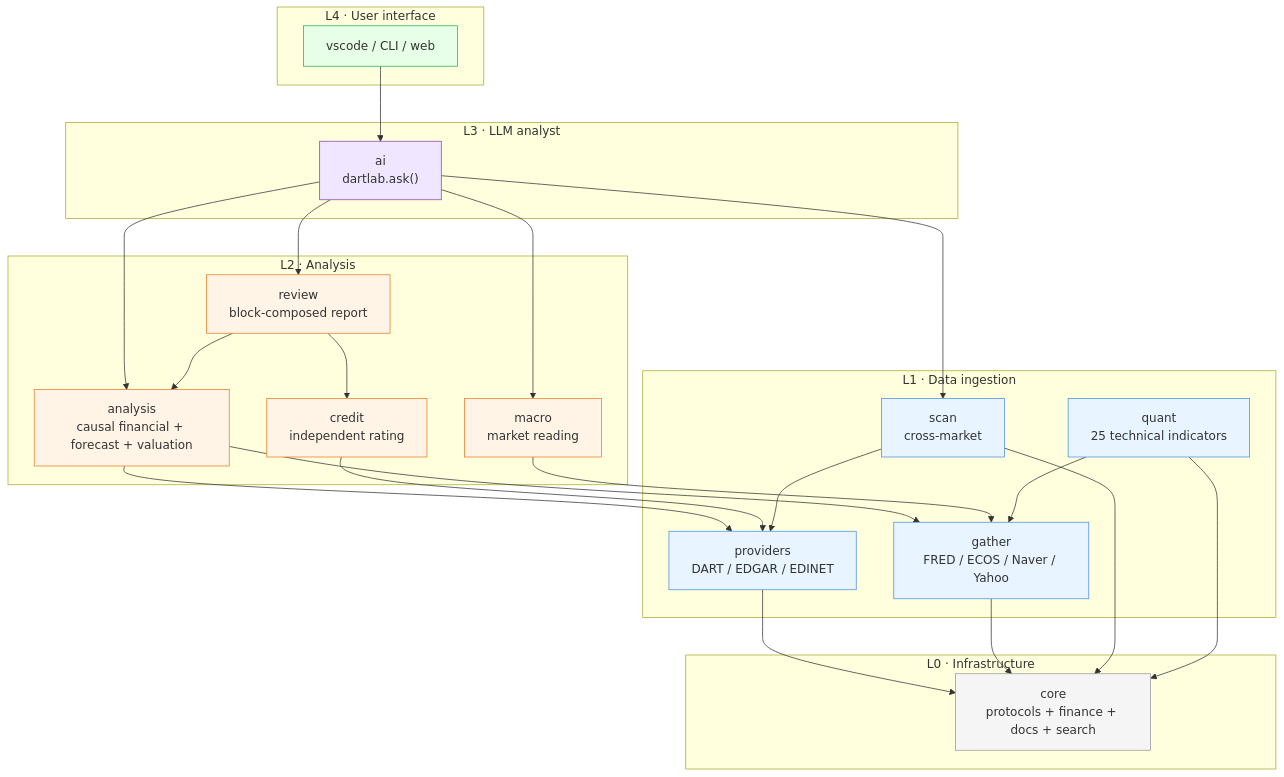
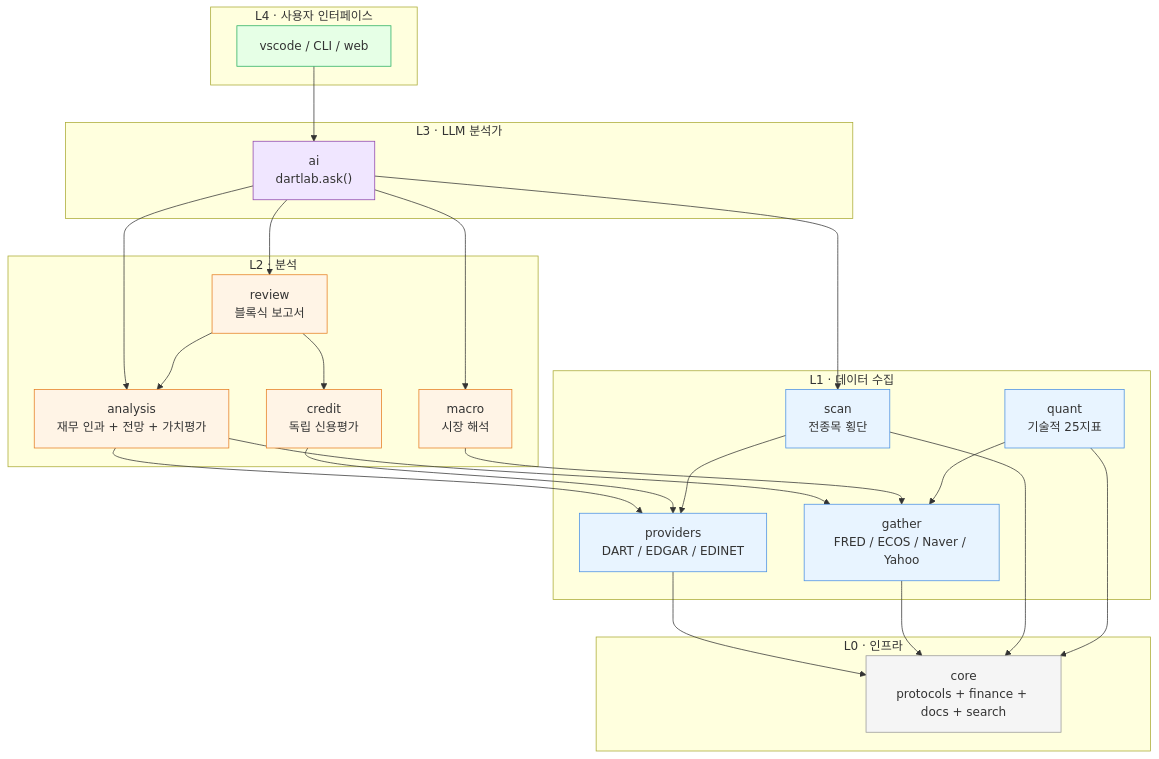
The diagram in README.md (zkznxk123-sys/dartlab), drawn with Mermaid before and after one commit. The commit also changed other lines of this file and 4 other files, not shown here.

````diff
--- a/README.md
+++ b/README.md
@@ -286,53 +286,53 @@
 ```mermaid
 flowchart TB
-    subgraph L4["L4 · User interface"]
+    subgraph L4["L4 · 사용자 인터페이스"]
         UI["vscode / CLI / web"]
     end
-    subgraph L3["L3 · LLM analyst"]
+    subgraph L3["L3 · LLM 분석가"]
         AI["ai<br/>dartlab.ask()"]
     end
-    subgraph L2["L2 · Analysis"]
-        ANA["analysis<br/>causal financial + forecast + valuation"]
-        CRD["credit<br/>independent rating"]
-        MAC["macro<br/>market reading"]
-        REV["review<br/>block-composed report"]
+    subgraph L2["L2 · 분석"]
+        ANA["analysis<br/>재무 인과 + 전망 + 가치평가"]
+        CRD["credit<br/>독립 신용평가"]
+        MAC["macro<br/>시장 해석"]
+        REV["review<br/>블록식 보고서"]
     end
-    subgraph L1["L1 · Data ingestion"]
+    subgraph L1["L1 · 데이터 수집"]
         PRV["providers<br/>DART / EDGAR / EDINET"]
         GAT["gather<br/>FRED / ECOS / Naver / Yahoo"]
-        SCN["scan<br/>cross-market"]
-        QNT["quant<br/>25 technical indicators"]
+        SCN["scan<br/>전종목 횡단"]
+        QNT["quant<br/>기술적 25지표"]
     end
-    subgraph L0["L0 · Infrastructure"]
+    subgraph L0["L0 · 인프라"]
         CORE["core<br/>protocols + finance + docs + search"]
     end
 
     UI --> AI
     AI --> REV
     AI --> ANA
     AI --> MAC
     AI --> SCN
     REV --> ANA
     REV --> CRD
     ANA --> PRV
     ANA --> GAT
     CRD --> PRV
     MAC --> GAT
     SCN --> PRV
     QNT --> GAT
     PRV --> CORE
     GAT --> CORE
     SCN --> CORE
     QNT --> CORE
 
     classDef l0 fill:#f5f5f5,stroke:#999
     classDef l1 fill:#e8f4ff,stroke:#4a90e2
     classDef l2 fill:#fff4e6,stroke:#e67e22
     classDef l3 fill:#f0e6ff,stroke:#8e44ad
     classDef l4 fill:#e6ffe6,stroke:#27ae60
     class CORE l0
     class PRV,GAT,SCN,QNT l1
     class ANA,CRD,MAC,REV l2
     class AI l3
     class UI l4
 ```
````
